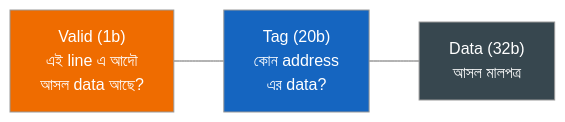
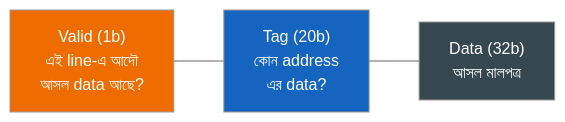
Before and after one commit to akram02/build-your-own-processor: the third of 5 diagrams in chapters/Chapter_18_Memory_Hierarchy.md, drawn with Mermaid (neutral theme). The commit also changed other lines of this file and 16 other files, not shown here.

````diff
--- a/chapters/Chapter_18_Memory_Hierarchy.md
+++ b/chapters/Chapter_18_Memory_Hierarchy.md
@@ -235,10 +235,10 @@
 ```mermaid
 flowchart LR
-    V["Valid (1b)<br/>এই line এ আদৌ<br/>আসল data আছে?"]
+    V["Valid (1b)<br/>এই line-এ আদৌ<br/>আসল data আছে?"]
     TG["Tag (20b)<br/>কোন address<br/>এর data?"]
     D["Data (32b)<br/>আসল মালপত্র"]
     V --- TG --- D
     style V fill:#ef6c00,color:#fff
     style TG fill:#1565c0,color:#fff
     style D fill:#37474f,color:#fff
 ```
````
